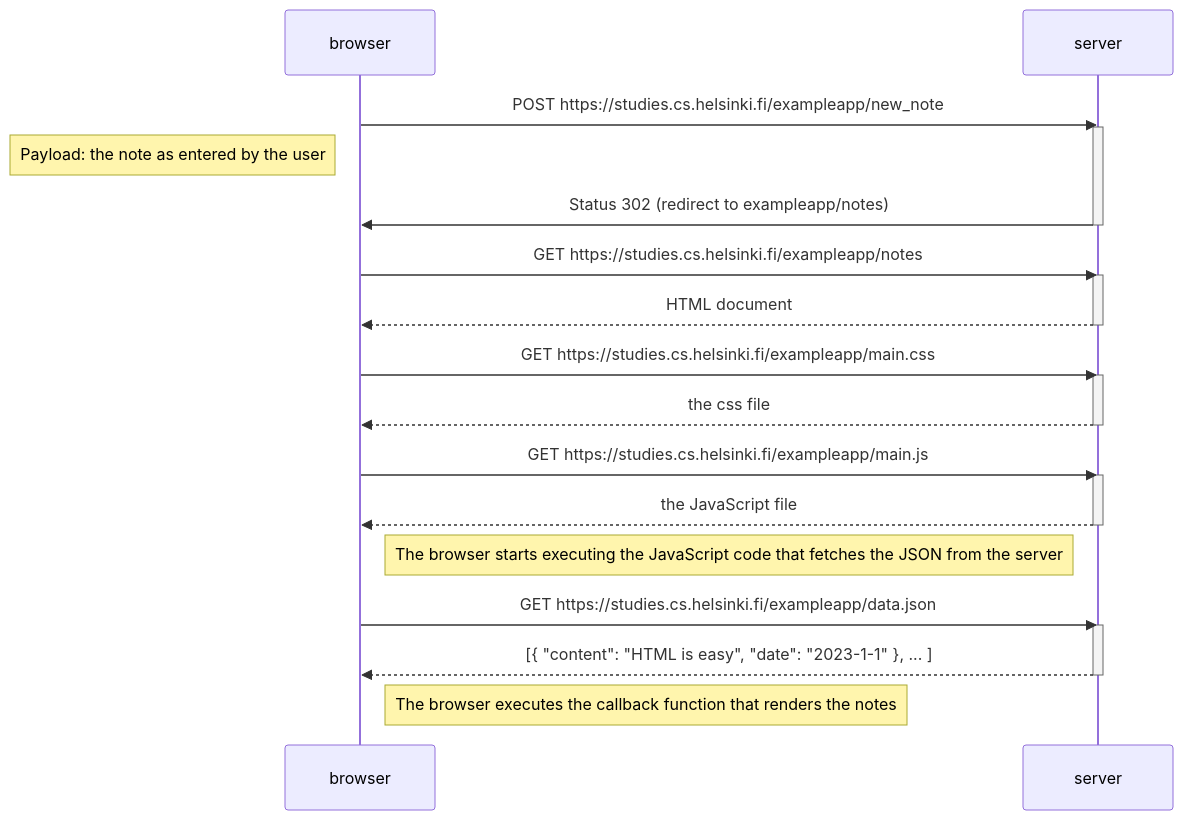
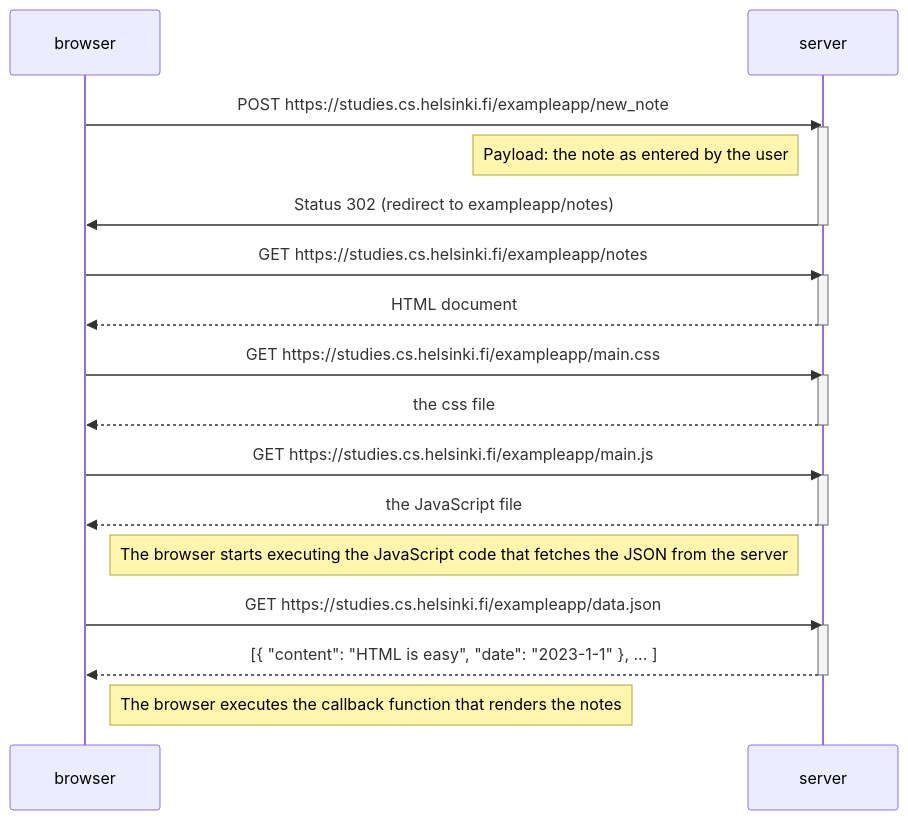
One commit to michaelstoeckel/fullstackopen changed the diagram in part0/excercise_0_4.md. Above: the diagram before and after it, drawn with Mermaid.

Commit message:
corrected position of a note

````diff
--- a/part0/excercise_0_4.md
+++ b/part0/excercise_0_4.md
@@ -1,35 +1,35 @@
 ```mermaid
 sequenceDiagram
     participant browser
     participant server
 
     browser->>server: POST https://studies.cs.helsinki.fi/exampleapp/new_note
     activate server
-    Note left of browser: Payload: the note as entered by the user
+    Note left of server: Payload: the note as entered by the user
     server->>browser: Status 302 (redirect to exampleapp/notes)
     deactivate server
 
     browser->>server: GET https://studies.cs.helsinki.fi/exampleapp/notes
     activate server
     server-->>browser: HTML document
     deactivate server
 
     browser->>server: GET https://studies.cs.helsinki.fi/exampleapp/main.css
     activate server
     server-->>browser: the css file
     deactivate server
 
     browser->>server: GET https://studies.cs.helsinki.fi/exampleapp/main.js
     activate server
     server-->>browser: the JavaScript file
     deactivate server
 
     Note right of browser: The browser starts executing the JavaScript code that fetches the JSON from the server
 
     browser->>server: GET https://studies.cs.helsinki.fi/exampleapp/data.json
     activate server
     server-->>browser: [{ "content": "HTML is easy", "date": "2023-1-1" }, ... ]
     deactivate server
 
     Note right of browser: The browser executes the callback function that renders the notes
 ```
````
